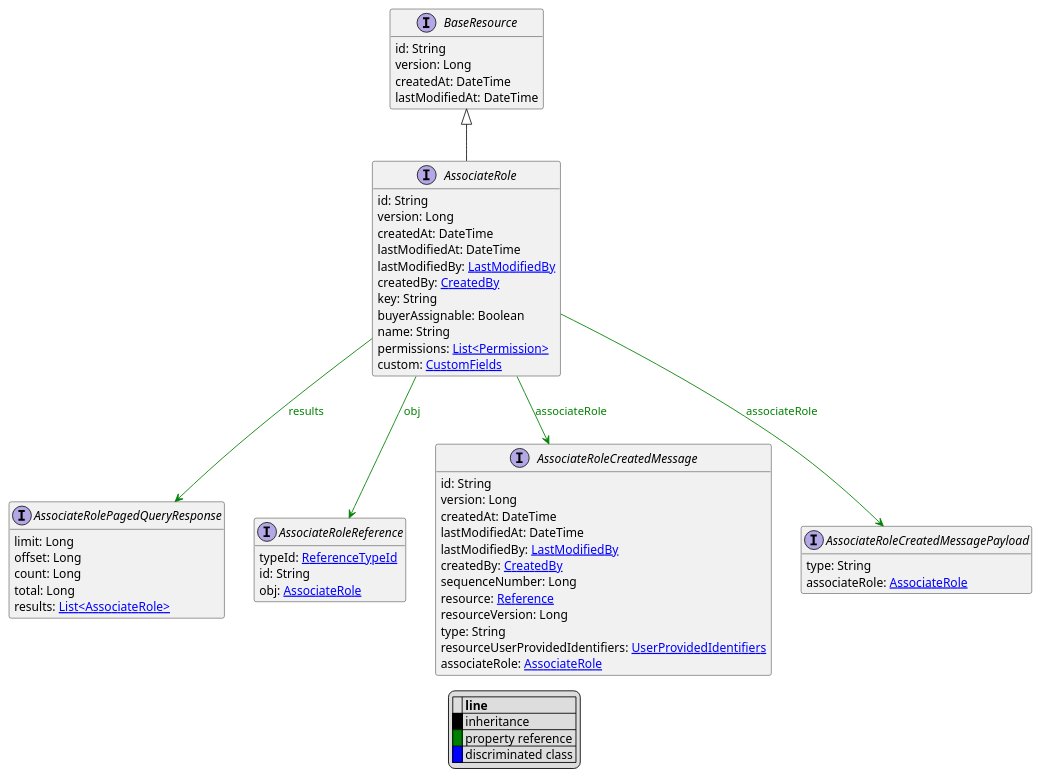
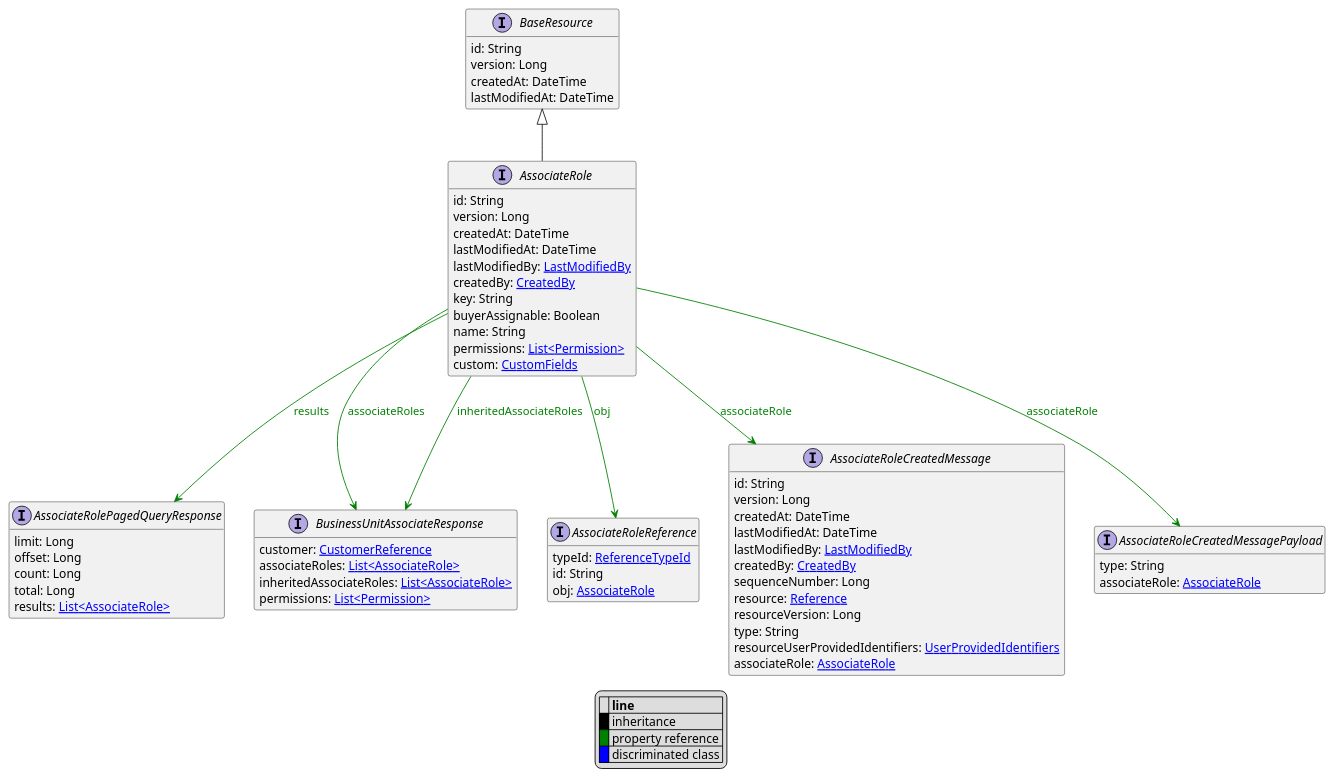
One commit to commercetools/commercetools-api-reference changed the diagram in uml/api/AssociateRole.puml. Above: the diagram before and after it, drawn with PlantUML. The commit also changed 1595 other files, not shown here.

```diff
--- a/uml/api/AssociateRole.puml
+++ b/uml/api/AssociateRole.puml
@@ -1,67 +1,75 @@
 @startuml
 
 hide empty fields
 hide empty methods
 legend
 |= |= line |
 |<back:black>   </back>| inheritance |
 |<back:green>   </back>| property reference |
 |<back:blue>   </back>| discriminated class |
 endlegend
 interface AssociateRole [[AssociateRole.svg]] extends BaseResource {
     id: String
     version: Long
     createdAt: DateTime
     lastModifiedAt: DateTime
     lastModifiedBy: [[LastModifiedBy.svg LastModifiedBy]]
     createdBy: [[CreatedBy.svg CreatedBy]]
     key: String
     buyerAssignable: Boolean
     name: String
     permissions: [[Permission.svg List<Permission>]]
     custom: [[CustomFields.svg CustomFields]]
 }
 interface BaseResource [[BaseResource.svg]]  {
     id: String
     version: Long
     createdAt: DateTime
     lastModifiedAt: DateTime
 }
 
 
 interface AssociateRolePagedQueryResponse [[AssociateRolePagedQueryResponse.svg]]  {
     limit: Long
     offset: Long
     count: Long
     total: Long
     results: [[AssociateRole.svg List<AssociateRole>]]
 }
+interface BusinessUnitAssociateResponse [[BusinessUnitAssociateResponse.svg]]  {
+    customer: [[CustomerReference.svg CustomerReference]]
+    associateRoles: [[AssociateRole.svg List<AssociateRole>]]
+    inheritedAssociateRoles: [[AssociateRole.svg List<AssociateRole>]]
+    permissions: [[Permission.svg List<Permission>]]
+}
 interface AssociateRoleReference [[AssociateRoleReference.svg]]  {
     typeId: [[ReferenceTypeId.svg ReferenceTypeId]]
     id: String
     obj: [[AssociateRole.svg AssociateRole]]
 }
 interface AssociateRoleCreatedMessage [[AssociateRoleCreatedMessage.svg]]  {
     id: String
     version: Long
     createdAt: DateTime
     lastModifiedAt: DateTime
     lastModifiedBy: [[LastModifiedBy.svg LastModifiedBy]]
     createdBy: [[CreatedBy.svg CreatedBy]]
     sequenceNumber: Long
     resource: [[Reference.svg Reference]]
     resourceVersion: Long
     type: String
     resourceUserProvidedIdentifiers: [[UserProvidedIdentifiers.svg UserProvidedIdentifiers]]
     associateRole: [[AssociateRole.svg AssociateRole]]
 }
 interface AssociateRoleCreatedMessagePayload [[AssociateRoleCreatedMessagePayload.svg]]  {
     type: String
     associateRole: [[AssociateRole.svg AssociateRole]]
 }
 
 AssociateRole --> AssociateRolePagedQueryResponse #green;text:green : "results"
+AssociateRole --> BusinessUnitAssociateResponse #green;text:green : "associateRoles"
+AssociateRole --> BusinessUnitAssociateResponse #green;text:green : "inheritedAssociateRoles"
 AssociateRole --> AssociateRoleReference #green;text:green : "obj"
 AssociateRole --> AssociateRoleCreatedMessage #green;text:green : "associateRole"
 AssociateRole --> AssociateRoleCreatedMessagePayload #green;text:green : "associateRole"
 @enduml
```
